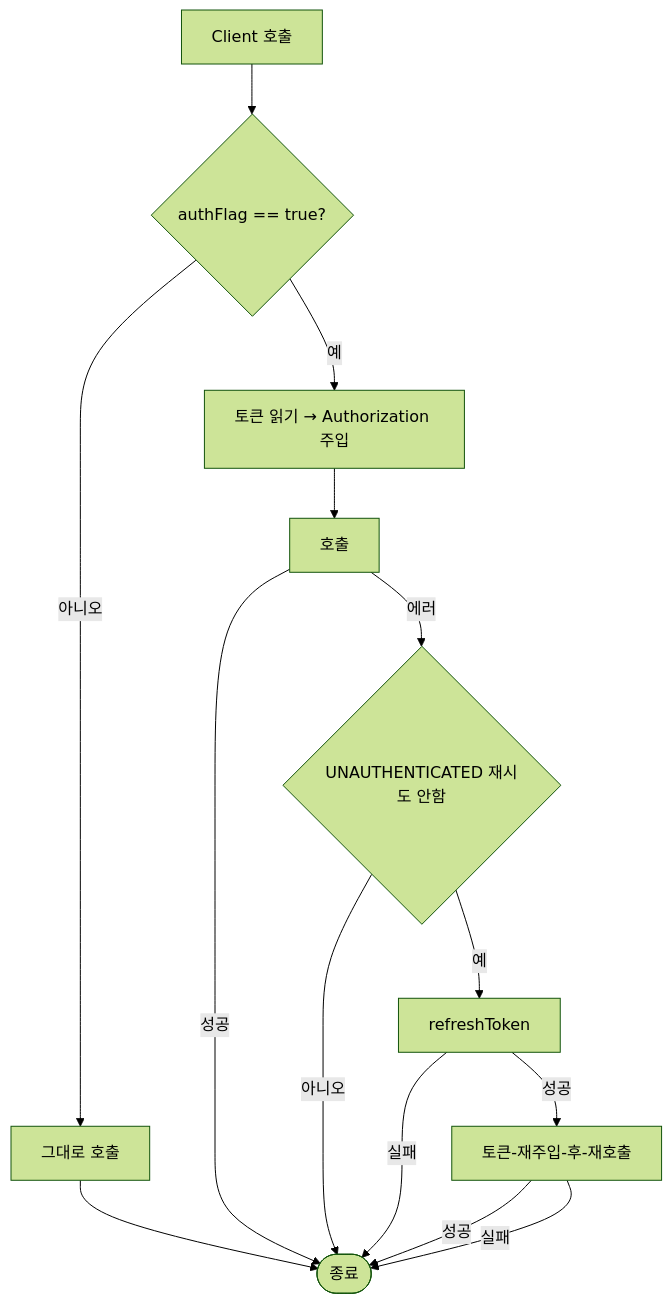
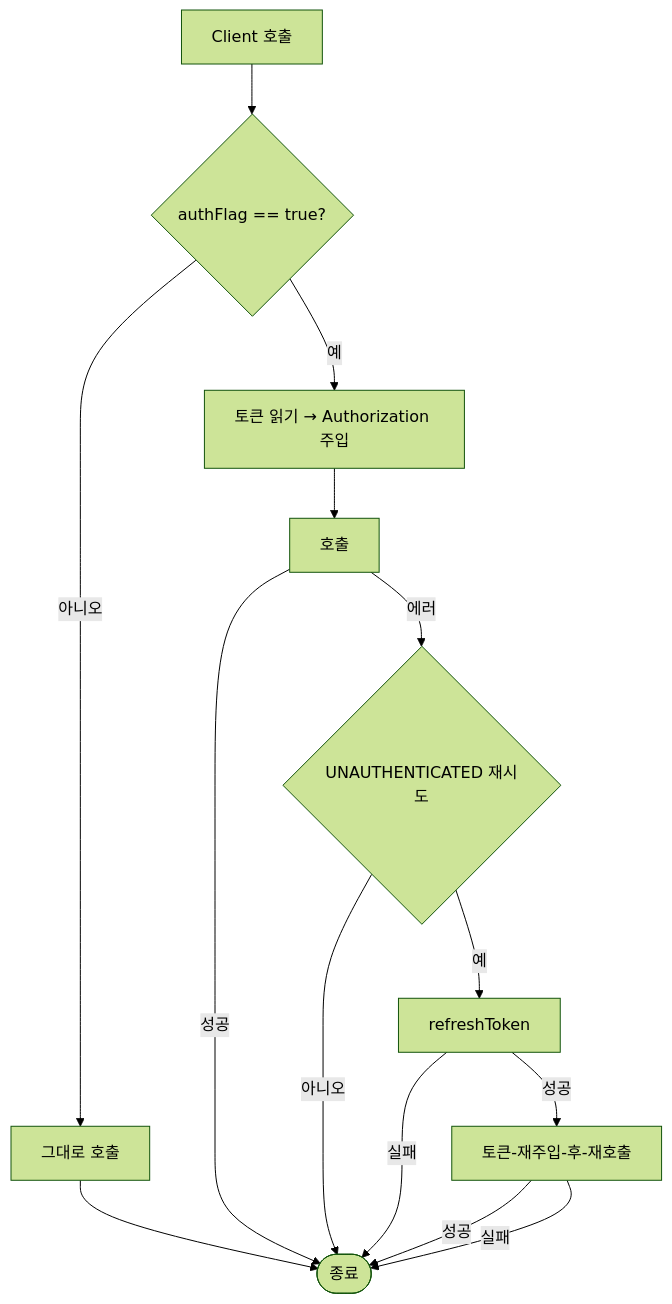
One commit to KoreanTuna/gRPC-demo changed the first of 2 diagrams in README.md. Above: the diagram before and after it, drawn with Mermaid (forest theme).

````diff
--- a/README.md
+++ b/README.md
@@ -32,21 +32,21 @@
 ```mermaid
 flowchart TD
     A[Client 호출]
     B{authFlag == true?}
     Z([종료])
 
     A --> B
     B -->|아니오| C[그대로 호출]
     C --> Z
 
     B -->|예| D[토큰 읽기 → Authorization 주입 ]
     D --> E[호출]
     E -->|성공| Z
-    E -->|에러| G{UNAUTHENTICATED 재시도 안함}
+    E -->|에러| G{UNAUTHENTICATED 재시도}
     G -->|아니오| Z
     G -->|예| H[refreshToken]
     H -->|실패| Z
     H -->|성공| J[토큰-재주입-후-재호출]
     J -->|성공| Z
     J -->|실패| Z
 ```
````
